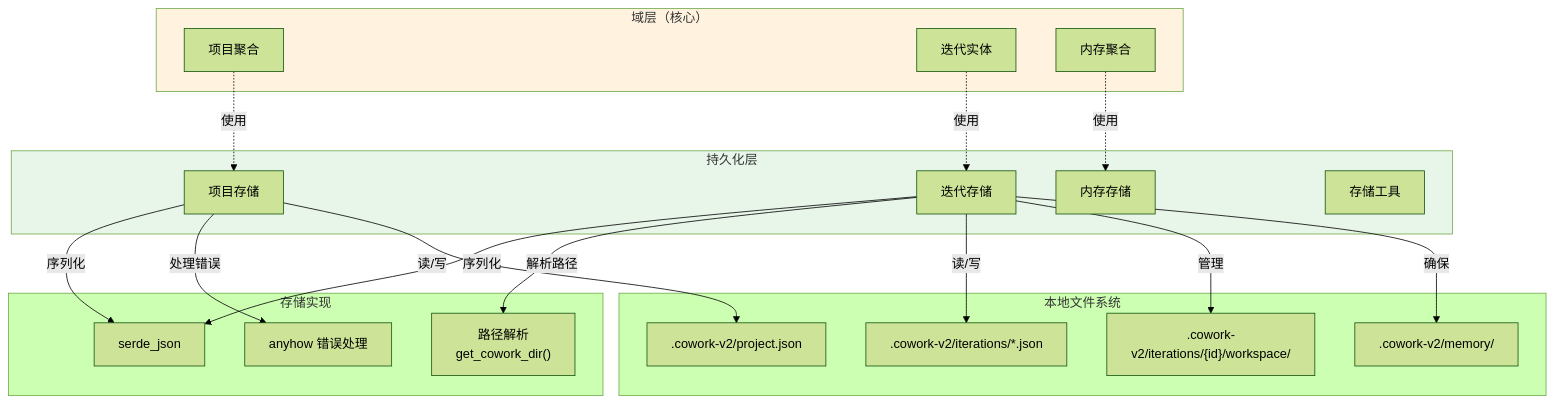
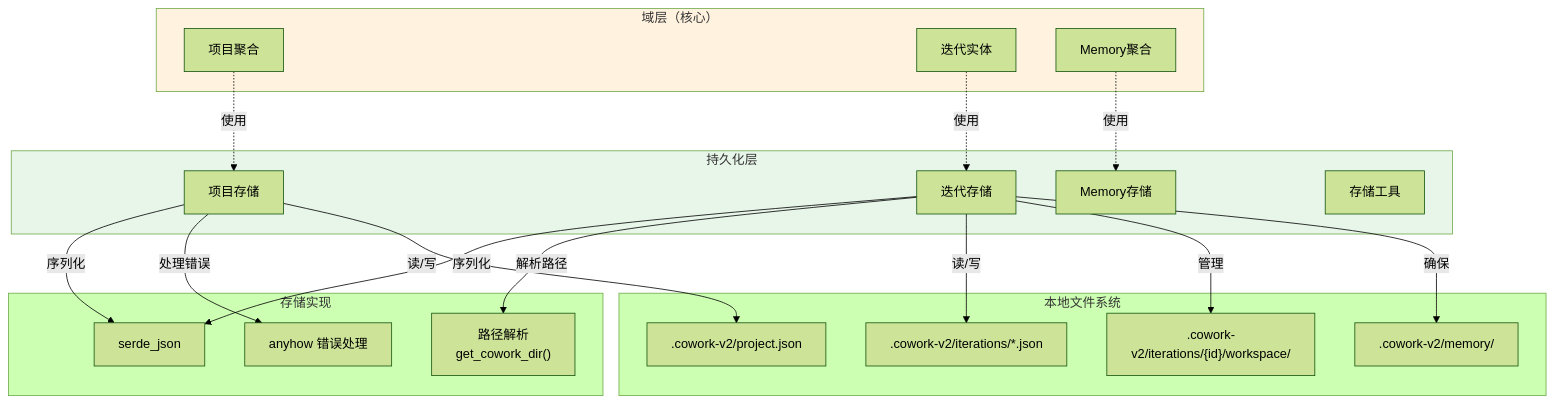
The first of 3 diagrams in litho.docs/zh/4、深入探索/4.5、Artifacts存储.md (sopaco/cowork-forge), drawn with Mermaid (forest theme) before and after one commit. The commit also changed other lines of this file and 14 other files, not shown here.

````diff
--- a/litho.docs/zh/4、深入探索/4.5、Artifacts存储.md
+++ b/litho.docs/zh/4、深入探索/4.5、Artifacts存储.md
@@ -28,45 +28,45 @@
 ```mermaid
 flowchart TD
     subgraph DomainLayer["域层（核心）"]
         Project["项目聚合"]
         Iteration["迭代实体"]
-        Memory["内存聚合"]
+        Memory["Memory聚合"]
     end
     
     subgraph PersistenceLayer["持久化层"]
         ProjectStore["项目存储"]
         IterationStore["迭代存储"]
-        MemoryStore["内存存储"]
+        MemoryStore["Memory存储"]
         StorageUtils["存储工具"]
     end
     
     subgraph StorageImpl["存储实现"]
         Serde["serde_json"]
         Anyhow["anyhow 错误处理"]
         PathResolver["路径解析<br/>get_cowork_dir()"]
     end
     
     subgraph FileSystem["本地文件系统"]
         ProjectFile[".cowork-v2/project.json"]
         IterationFiles[".cowork-v2/iterations/*.json"]
         Workspaces[".cowork-v2/iterations/{id}/workspace/"]
         MemoryDir[".cowork-v2/memory/"]
     end
     
     Project -.->|使用| ProjectStore
     Iteration -.->|使用| IterationStore
     Memory -.->|使用| MemoryStore
     
     ProjectStore -->|序列化| Serde
     IterationStore -->|序列化| Serde
     ProjectStore -->|处理错误| Anyhow
     IterationStore -->|解析路径| PathResolver
     
     ProjectStore -->|读/写| ProjectFile
     IterationStore -->|读/写| IterationFiles
     IterationStore -->|管理| Workspaces
     IterationStore -->|确保| MemoryDir
     
     style PersistenceLayer fill:#e8f5e9
     style DomainLayer fill:#fff3e0
 ```
````
